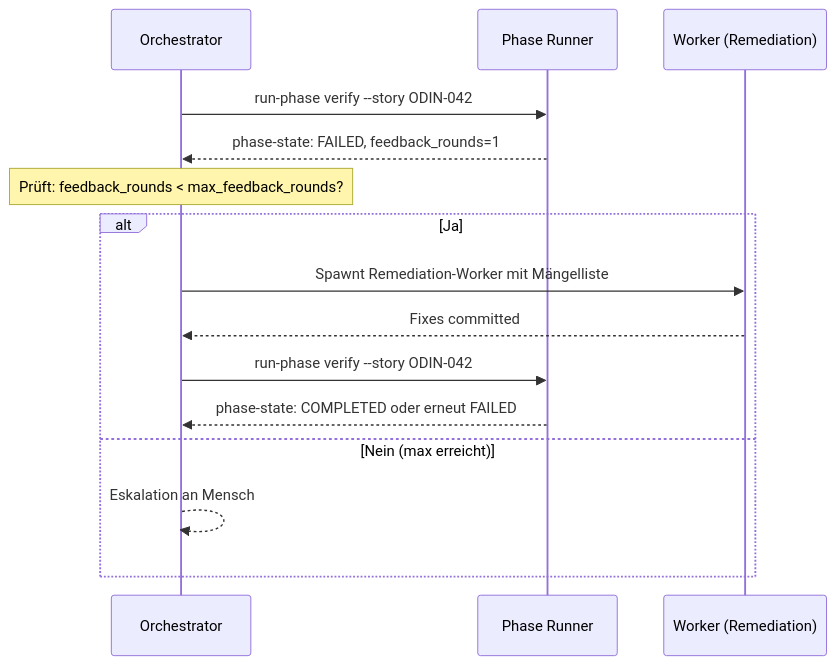
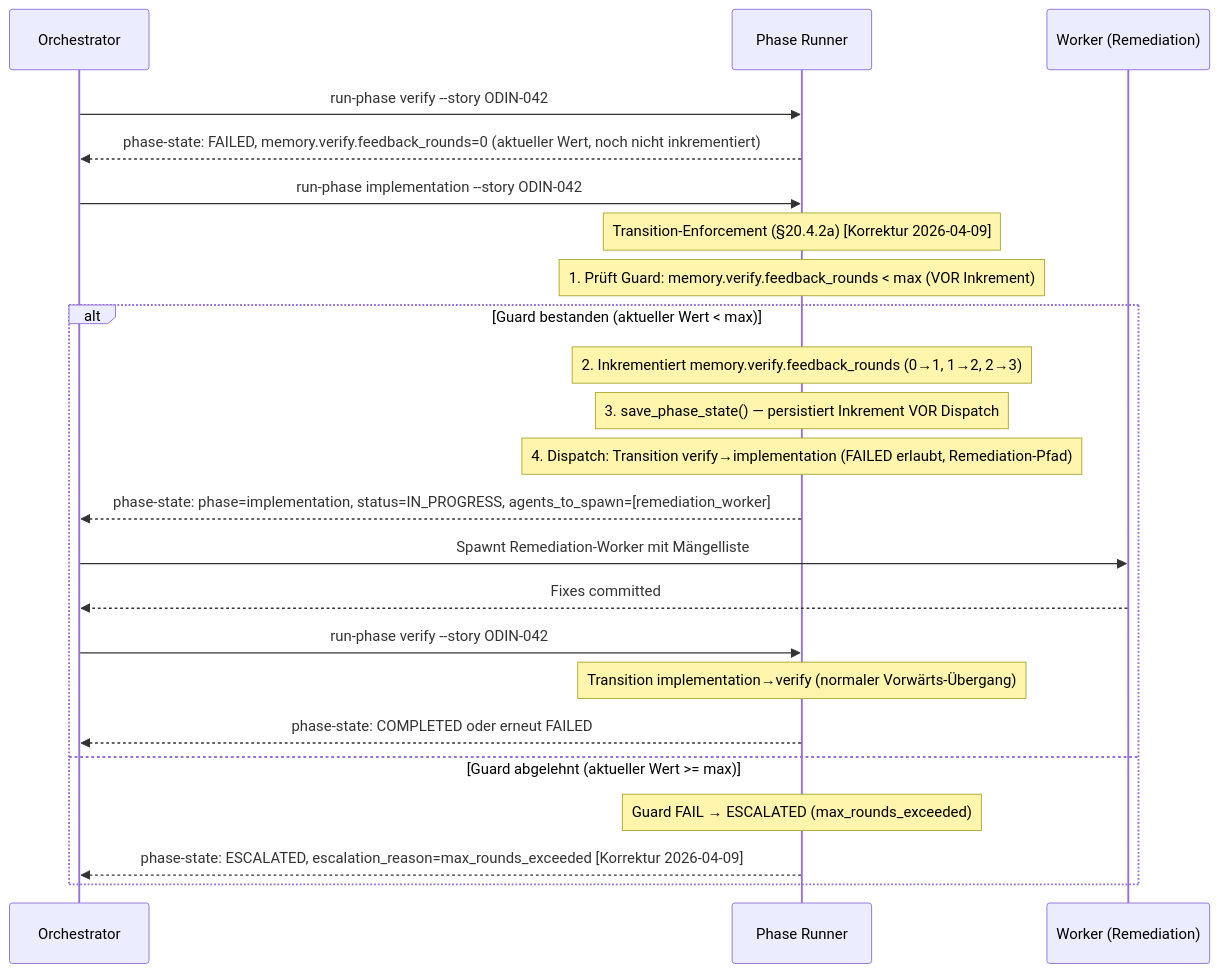
One commit to saltenhof/claude-agentkit3 changed the third of 3 diagrams in concept/technical-design/20_workflow_engine_state_machine.md. Above: the diagram before and after it, drawn with Mermaid. The commit also changed other lines of this file and 2 other files, not shown here.

````diff
--- a/concept/technical-design/20_workflow_engine_state_machine.md
+++ b/concept/technical-design/20_workflow_engine_state_machine.md
@@ -410,19 +817,27 @@
 ```mermaid
 sequenceDiagram
     participant O as Orchestrator
     participant PR as Phase Runner
     participant W as Worker (Remediation)
 
     O->>PR: run-phase verify --story ODIN-042
-    PR-->>O: phase-state: FAILED, feedback_rounds=1
+    PR-->>O: phase-state: FAILED, memory.verify.feedback_rounds=0 (aktueller Wert, noch nicht inkrementiert)
 
-    Note over O: Prüft: feedback_rounds < max_feedback_rounds?
-    alt Ja
+    O->>PR: run-phase implementation --story ODIN-042
+    Note over PR: Transition-Enforcement (§20.4.2a) [Korrektur 2026-04-09]
+    Note over PR: 1. Prüft Guard: memory.verify.feedback_rounds < max (VOR Inkrement)
+    alt Guard bestanden (aktueller Wert < max)
+        Note over PR: 2. Inkrementiert memory.verify.feedback_rounds (0→1, 1→2, 2→3)
+        Note over PR: 3. save_phase_state() — persistiert Inkrement VOR Dispatch
+        Note over PR: 4. Dispatch: Transition verify→implementation (FAILED erlaubt, Remediation-Pfad)
+        PR-->>O: phase-state: phase=implementation, status=IN_PROGRESS, agents_to_spawn=[remediation_worker]
         O->>W: Spawnt Remediation-Worker mit Mängelliste
         W-->>O: Fixes committed
         O->>PR: run-phase verify --story ODIN-042
+        Note over PR: Transition implementation→verify (normaler Vorwärts-Übergang)
         PR-->>O: phase-state: COMPLETED oder erneut FAILED
-    else Nein (max erreicht)
-        O-->>O: Eskalation an Mensch
+    else Guard abgelehnt (aktueller Wert >= max)
+        Note over PR: Guard FAIL → ESCALATED (max_rounds_exceeded)
+        PR-->>O: phase-state: ESCALATED, escalation_reason=max_rounds_exceeded [Korrektur 2026-04-09]
     end
 ```
````
